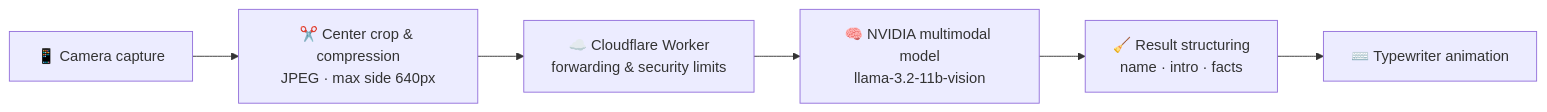
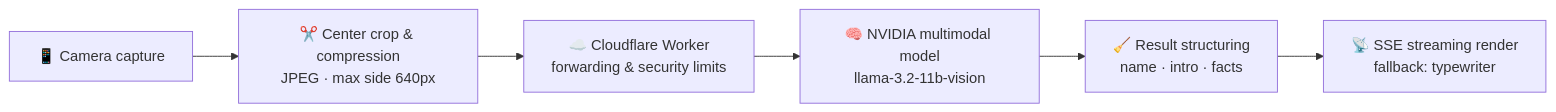
The diagram in README.md (Mocas-12/aura-vision), drawn with Mermaid before and after one commit. The commit also changed other lines of this file and 1 other file, not shown here.

Commit message:
docs: README 同步流式识别现状——SSE 逐 token 渲染为主、打字机为降级；JPEG 质量改 0.5；补 Worker 侧硬上限与 ALLOWED_ORIGINS/NVIDIA_VISION_MODEL 双端支持（中英双语）

````diff
--- a/README.md
+++ b/README.md
@@ -62,8 +62,8 @@
 ```mermaid
 flowchart LR
     A[📱 Camera capture] --> B[✂️ Center crop & compression<br/>JPEG · max side 640px]
     B --> C[☁️ Cloudflare Worker<br/>forwarding & security limits]
     C --> D[🧠 NVIDIA multimodal model<br/>llama-3.2-11b-vision]
     D --> E[🧹 Result structuring<br/>name · intro · facts]
-    E --> F[⌨️ Typewriter animation]
+    E --> F[📡 SSE streaming render<br/>fallback: typewriter]
 ```
````
